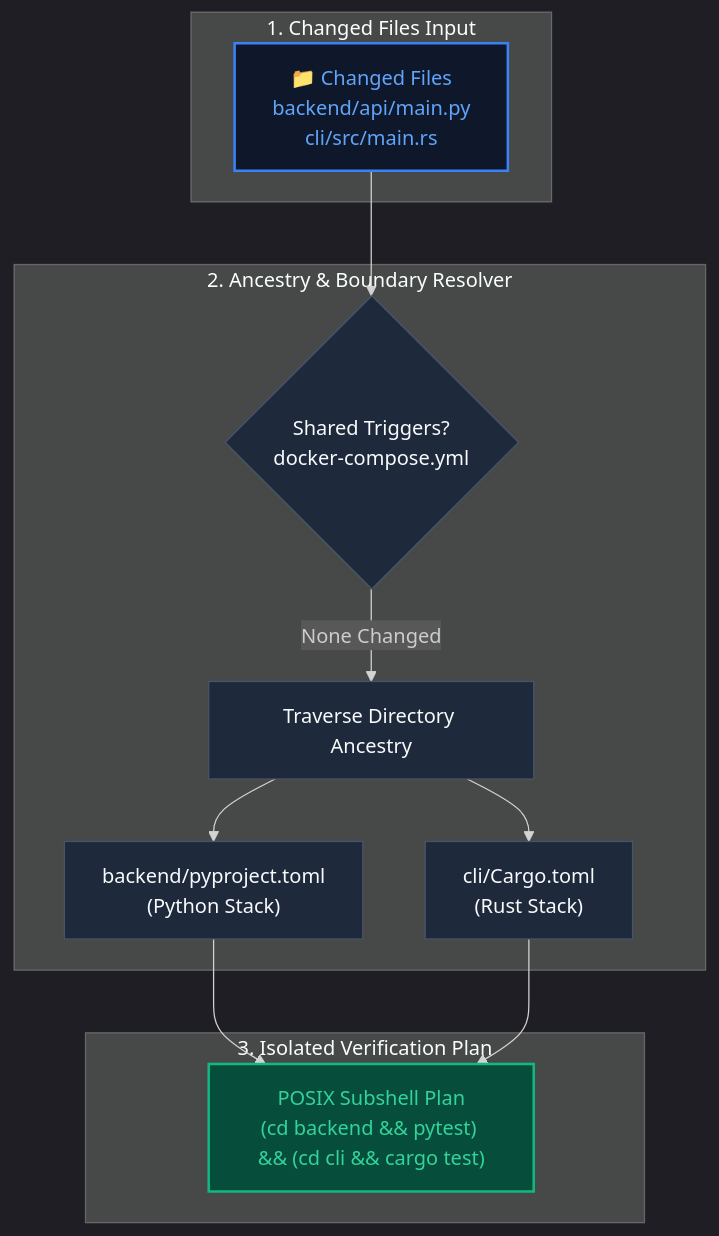
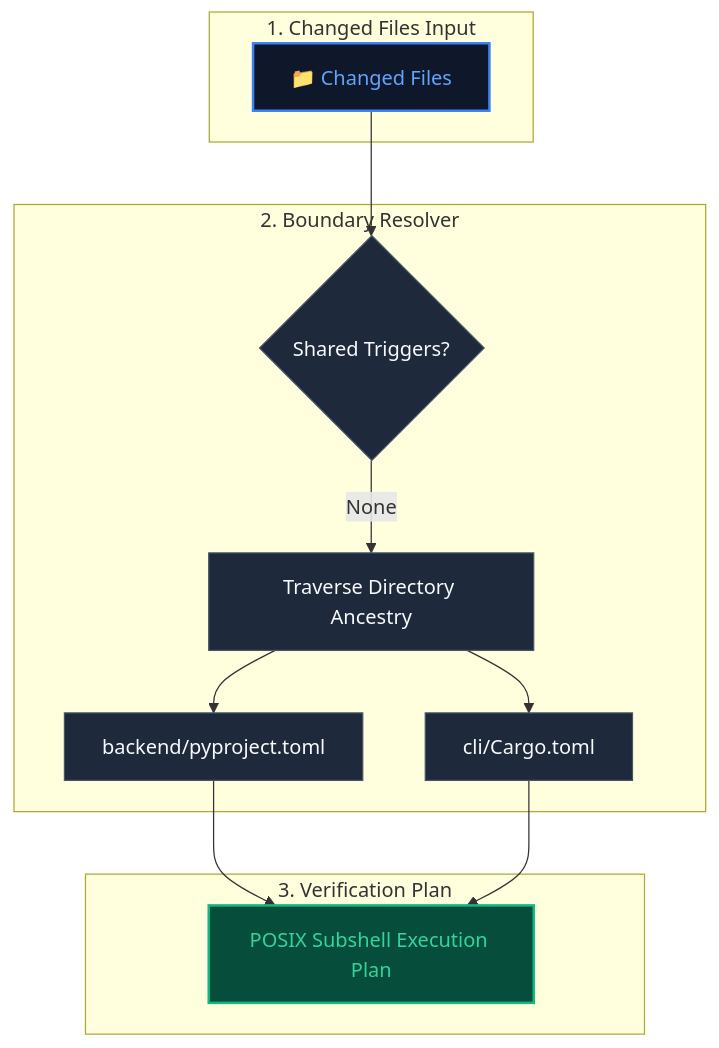
One commit to FullThrottle83/jules-orchestrator-kit changed the diagram in README.md. Above: the diagram before and after it, drawn with Mermaid. The commit also changed other lines of this file, not shown here.

Commit message:
docs: replace raw Mermaid diagram with vector SVG asset docs/assets/ooda-loop-cycle.svg to prevent browser font truncation

````diff
--- a/README.md
+++ b/README.md
@@ -313,26 +278,25 @@
 ```mermaid
-%%{init: {'theme': 'dark', 'themeVariables': { 'nodePadding': 25 }}}%%
 flowchart TD
     subgraph Input ["1. Changed Files Input"]
-        A["📁 Changed Files<br/>backend/api/main.py<br/>cli/src/main.rs"]
+        A["📁 Changed Files"]
     end
 
-    subgraph Resolution ["2. Ancestry & Boundary Resolver"]
-        A --> B{"Shared Triggers?<br/>docker-compose.yml"}
-        B -->|None Changed| C["Traverse Directory Ancestry"]
-        C --> D1["backend/pyproject.toml<br/>(Python Stack)"]
-        C --> D2["cli/Cargo.toml<br/>(Rust Stack)"]
+    subgraph Resolution ["2. Boundary Resolver"]
+        A --> B{"Shared Triggers?"}
+        B -->|None| C["Traverse Directory Ancestry"]
+        C --> D1["backend/pyproject.toml"]
+        C --> D2["cli/Cargo.toml"]
     end
 
-    subgraph Output ["3. Isolated Verification Plan"]
-        D1 --> E["POSIX Subshell Plan<br/>(cd backend && pytest) && (cd cli && cargo test)"]
+    subgraph Output ["3. Verification Plan"]
+        D1 --> E["POSIX Subshell Execution Plan"]
         D2 --> E
     end
 
     classDef default fill:#1e293b,stroke:#475569,stroke-width:1px,color:#f8fafc;
     classDef highlight fill:#0f172a,stroke:#3b82f6,stroke-width:2px,color:#60a5fa;
     classDef success fill:#064e3b,stroke:#10b981,stroke-width:2px,color:#34d399;
 
     class A highlight;
     class E success;
 ```
````
